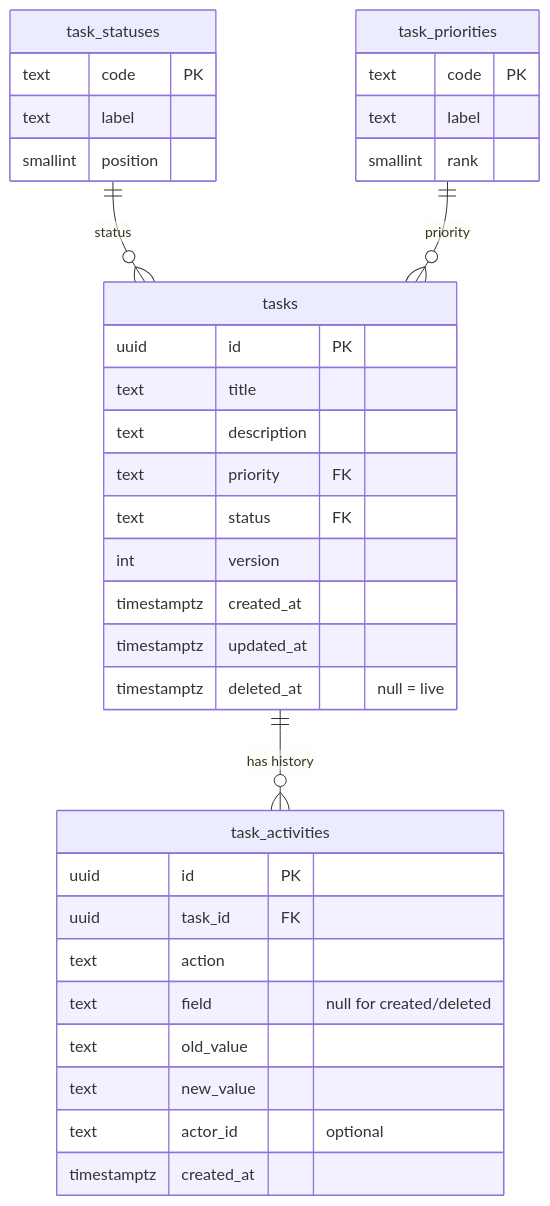
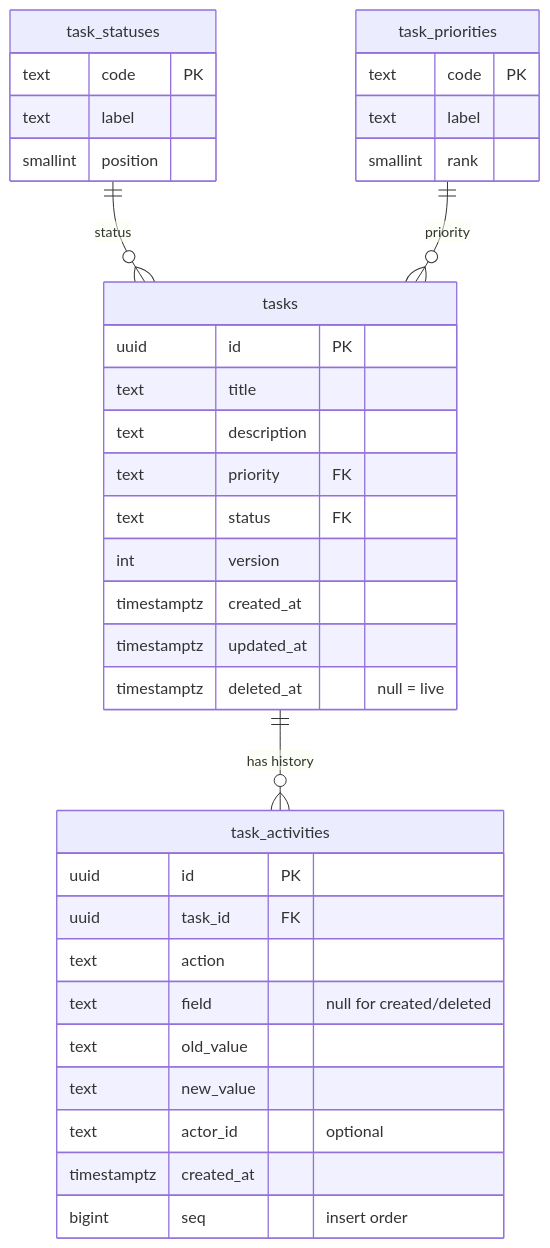
Before and after one commit to Vaibhav-12521/mini-workflow-engine: the diagram in docs/diagrams/er-diagram.mmd, drawn with Mermaid. The commit also changed 50 other files, not shown here.

```diff
--- a/docs/diagrams/er-diagram.mmd
+++ b/docs/diagrams/er-diagram.mmd
@@ -1,35 +1,36 @@
 erDiagram
   task_statuses ||--o{ tasks : "status"
   task_priorities ||--o{ tasks : "priority"
   tasks ||--o{ task_activities : "has history"
   task_statuses {
     text code PK
     text label
     smallint position
   }
   task_priorities {
     text code PK
     text label
     smallint rank
   }
   tasks {
     uuid id PK
     text title
     text description
     text priority FK
     text status FK
     int version
     timestamptz created_at
     timestamptz updated_at
     timestamptz deleted_at "null = live"
   }
   task_activities {
     uuid id PK
     uuid task_id FK
     text action
     text field "null for created/deleted"
     text old_value
     text new_value
     text actor_id "optional"
     timestamptz created_at
+    bigint seq "insert order"
   }
```
